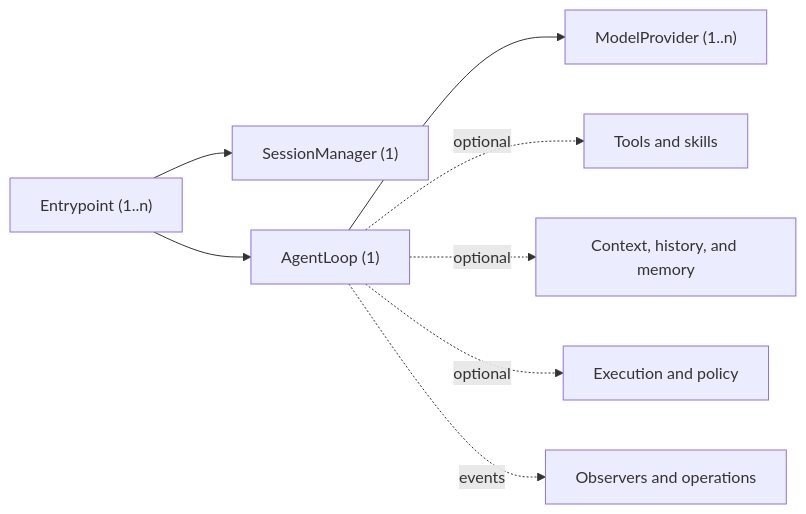
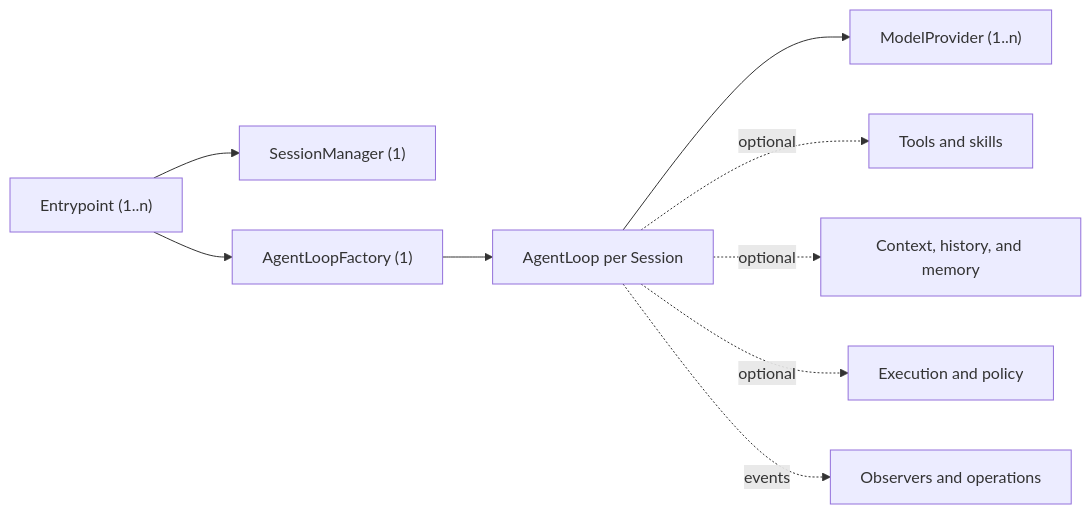
One commit to LyleLiu666/agentSlot changed the diagram in COMPONENT_MAP.md. Above: the diagram before and after it, drawn with Mermaid. The commit also changed other lines of this file and 6 other files, not shown here.

````diff
--- a/COMPONENT_MAP.md
+++ b/COMPONENT_MAP.md
@@ -70,10 +71,11 @@
 ```mermaid
 flowchart LR
     E["Entrypoint (1..n)"] --> S["SessionManager (1)"]
-    E --> L["AgentLoop (1)"]
+    E --> F["AgentLoopFactory (1)"]
+    F --> L["AgentLoop per Session"]
     L --> M["ModelProvider (1..n)"]
     L -. "optional" .-> T["Tools and skills"]
     L -. "optional" .-> C["Context, history, and memory"]
     L -. "optional" .-> X["Execution and policy"]
     L -. "events" .-> O["Observers and operations"]
 ```
````
